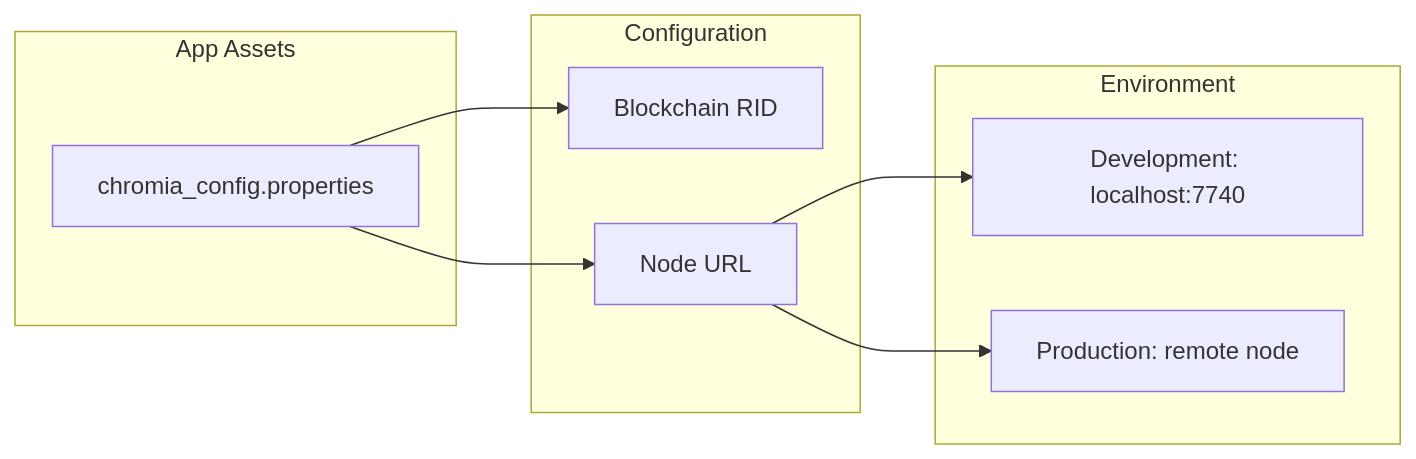
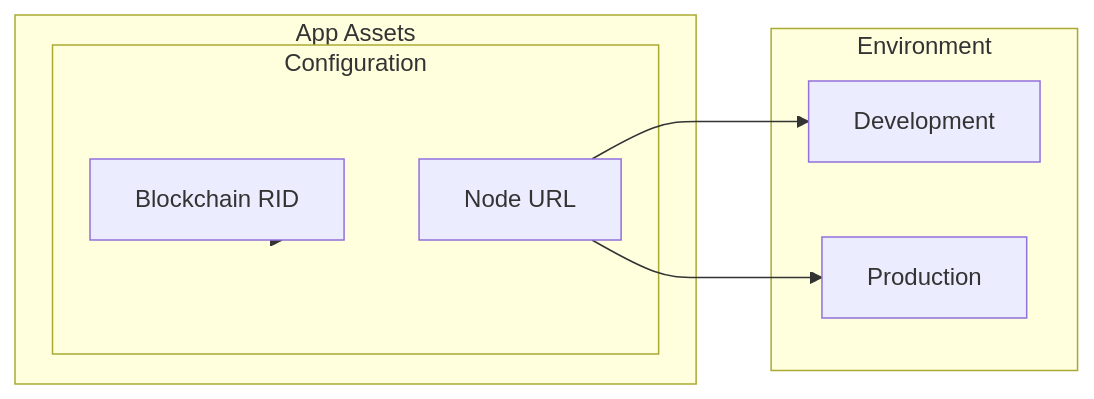
One commit to filiksyos/androidtodo changed the first of 8 diagrams in README.md. Above: the diagram before and after it, drawn with Mermaid. The commit also changed other lines of this file, not shown here.

````diff
--- a/README.md
+++ b/README.md
@@ -82,21 +82,21 @@
 ```mermaid
-graph LR
-    subgraph App Assets
-        Config[chromia_config.properties]
+flowchart LR
+    subgraph Assets[App Assets]
+        Config[config.properties]
     end
 
-    subgraph Configuration
+    subgraph Config[Configuration]
         BRID[Blockchain RID]
         URL[Node URL]
     end
 
-    subgraph Environment
-        Dev[Development: localhost:7740]
-        Prod[Production: remote node]
+    subgraph Env[Environment]
+        Dev[Development]
+        Prod[Production]
     end
 
     Config --> BRID
     Config --> URL
     URL --> Dev
     URL --> Prod
 ```
````
